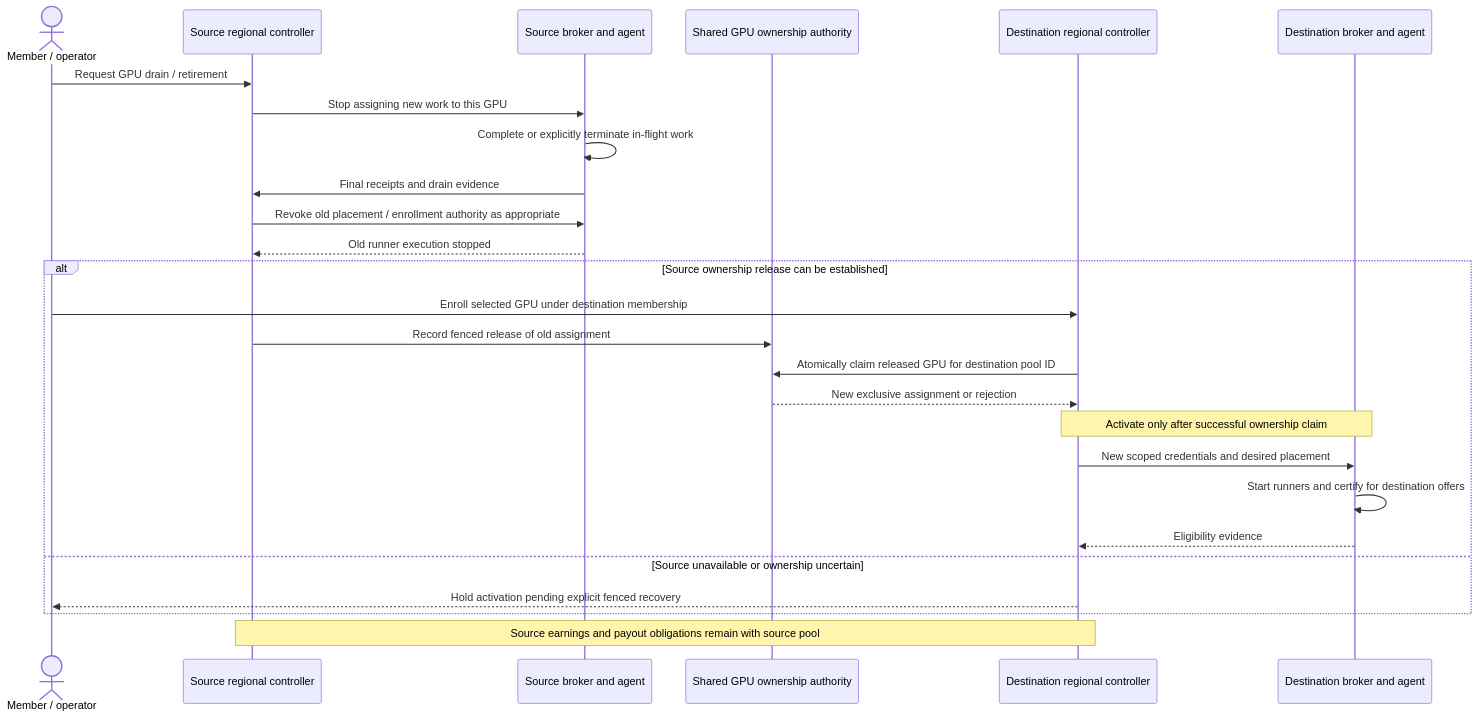
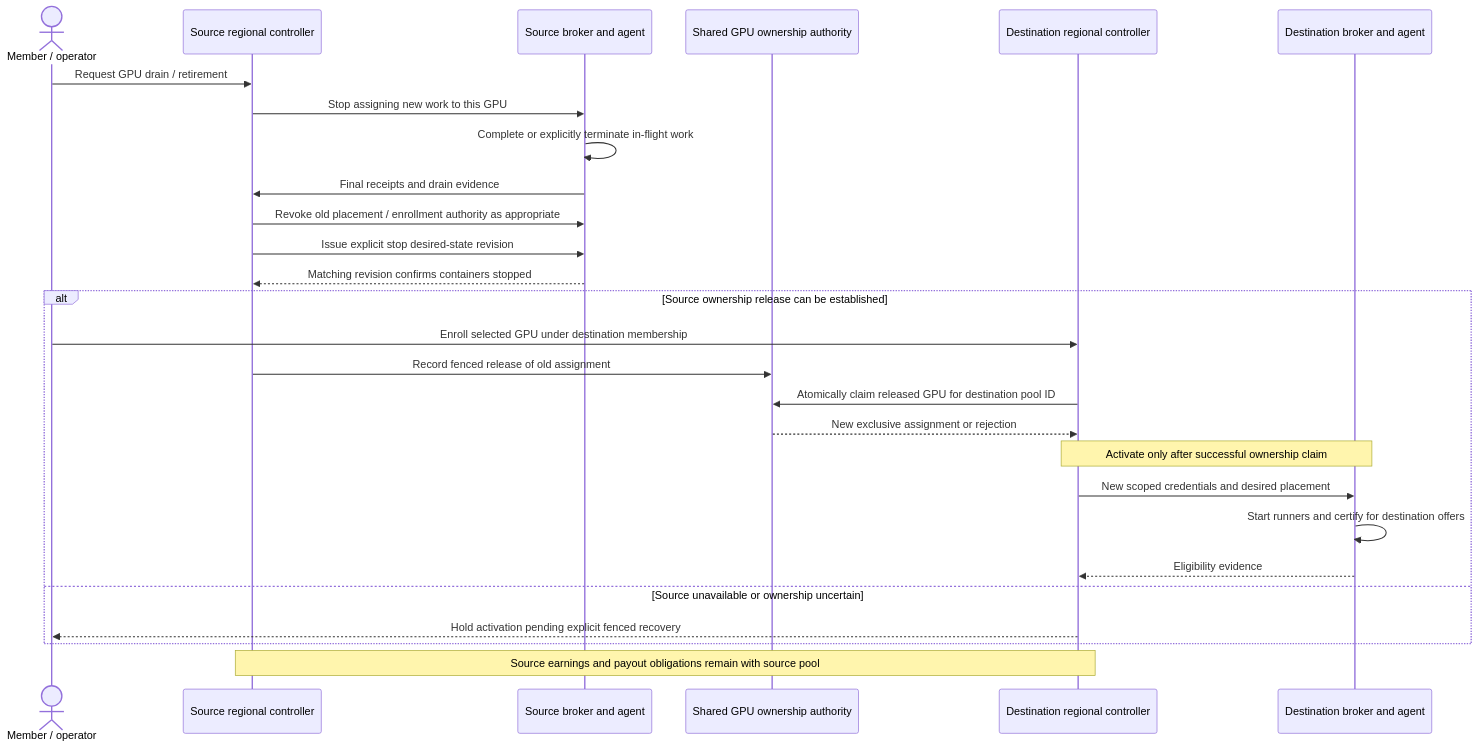
Before and after one commit to Cloud-SPE/livepeer-network-modules: the sixth of 6 diagrams in docs/design-docs/regional-pools.md, drawn with Mermaid. The commit also changed other lines of this file and 407 other files, not shown here.

````diff
--- a/docs/design-docs/regional-pools.md
+++ b/docs/design-docs/regional-pools.md
@@ -664,28 +677,29 @@
 ```mermaid
 sequenceDiagram
     actor Member as Member / operator
     participant Source as Source regional controller
     participant Old as Source broker and agent
     participant Ownership as Shared GPU ownership authority
     participant Target as Destination regional controller
     participant New as Destination broker and agent
     Member->>Source: Request GPU drain / retirement
     Source->>Old: Stop assigning new work to this GPU
     Old->>Old: Complete or explicitly terminate in-flight work
     Old->>Source: Final receipts and drain evidence
     Source->>Old: Revoke old placement / enrollment authority as appropriate
-    Old-->>Source: Old runner execution stopped
+    Source->>Old: Issue explicit stop desired-state revision
+    Old-->>Source: Matching revision confirms containers stopped
     alt Source ownership release can be established
         Member->>Target: Enroll selected GPU under destination membership
         Source->>Ownership: Record fenced release of old assignment
         Target->>Ownership: Atomically claim released GPU for destination pool ID
         Ownership-->>Target: New exclusive assignment or rejection
         Note over Target,New: Activate only after successful ownership claim
         Target->>New: New scoped credentials and desired placement
         New->>New: Start runners and certify for destination offers
         New-->>Target: Eligibility evidence
     else Source unavailable or ownership uncertain
         Target-->>Member: Hold activation pending explicit fenced recovery
     end
     Note over Source,Target: Source earnings and payout obligations remain with source pool
 ```
````
